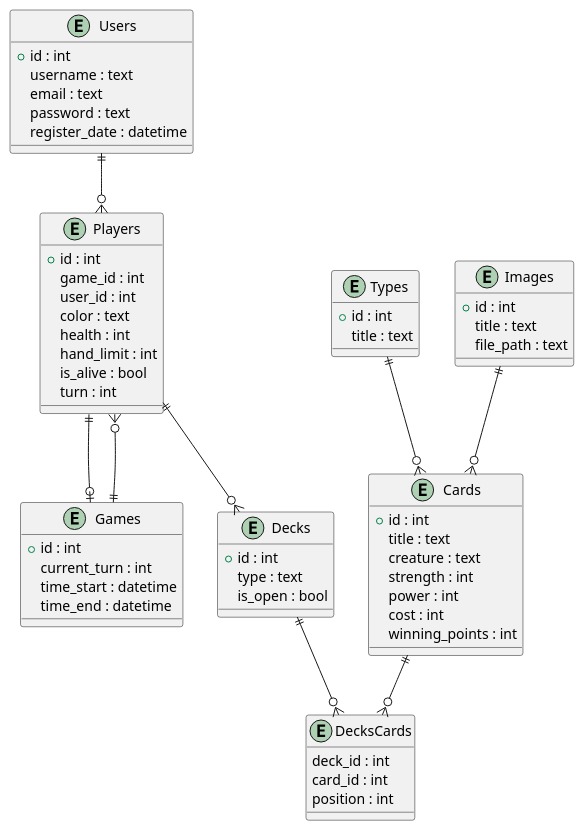
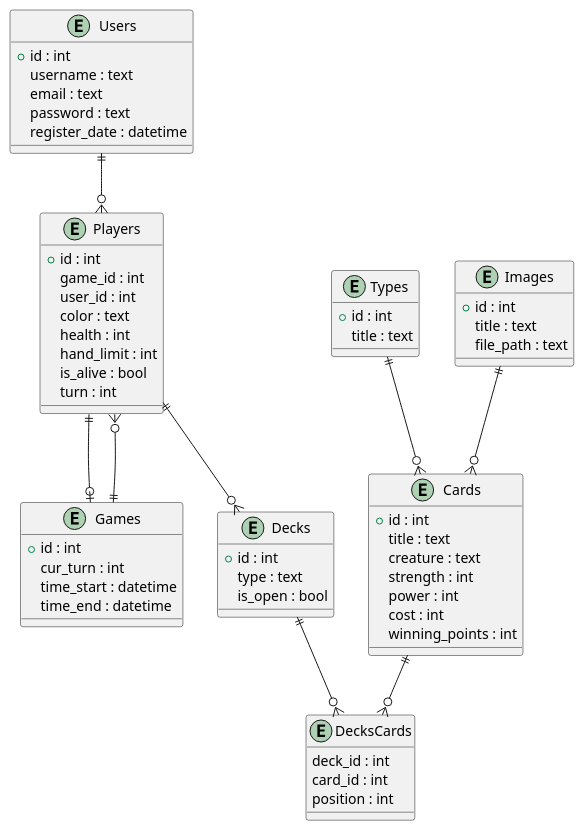
The diagram in docs/crowsfoot.puml (just-rudy/cool-magic-battles), drawn with PlantUML before and after one commit. The commit also changed 17 other files, not shown here.

```diff
--- a/docs/crowsfoot.puml
+++ b/docs/crowsfoot.puml
@@ -1,72 +1,72 @@
 @startuml crowsfoot
 
 entity Users {
   +id : int
   username : text
   email : text
   password : text
   register_date : datetime
 }
 
 entity Games {
   +id : int
-  current_turn : int
+  cur_turn : int
   time_start : datetime
   time_end : datetime
 }
 
 entity Players {
   +id : int
   game_id : int
   user_id : int
   color : text
   health : int
   hand_limit : int
   is_alive : bool
   turn : int
 }
 
 entity Cards {
   +id : int
   title : text
   creature : text
   strength : int
   power : int
   cost : int
   winning_points : int
 }
 
 entity Types {
   +id : int
   title : text
 }
 
 entity Images {
   +id : int
   title : text
   file_path : text
 }
 
 entity Decks {
   +id : int
   type : text
   is_open : bool
 }
 
 entity DecksCards {
   deck_id : int
   card_id : int
   position : int
 }
 
 Users ||--o{ Players
 Games ||--o{ Players
 Players ||--o{ Decks
 Decks ||--o{ DecksCards
 Cards ||--o{ DecksCards
 Types ||--o{ Cards
 Images ||--o{ Cards
 
 Players ||--o| Games
 
 @enduml
```
